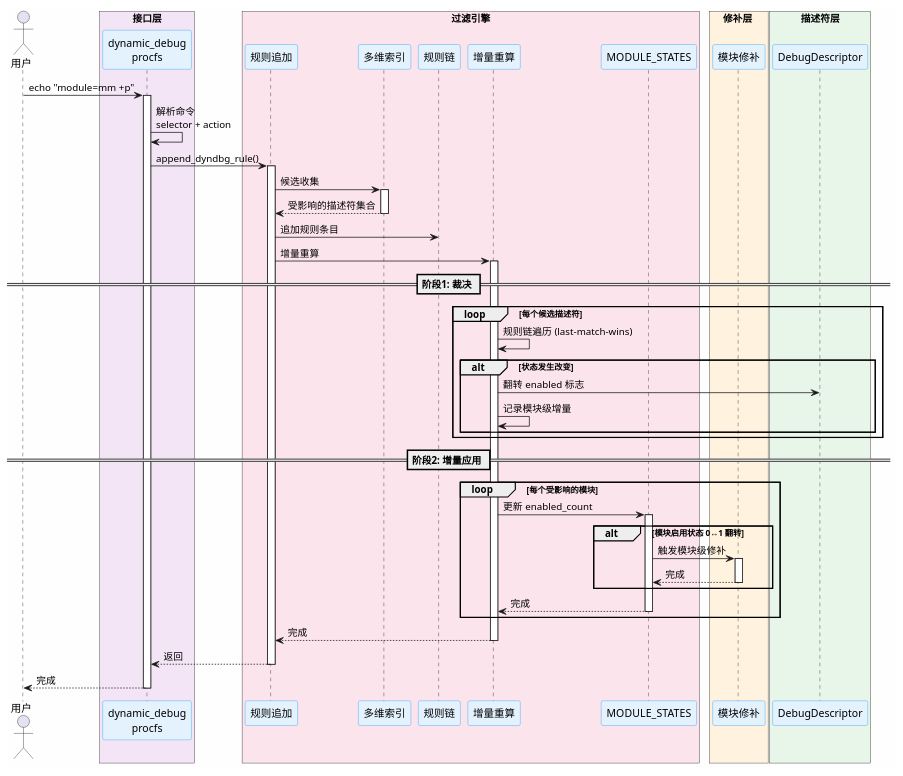
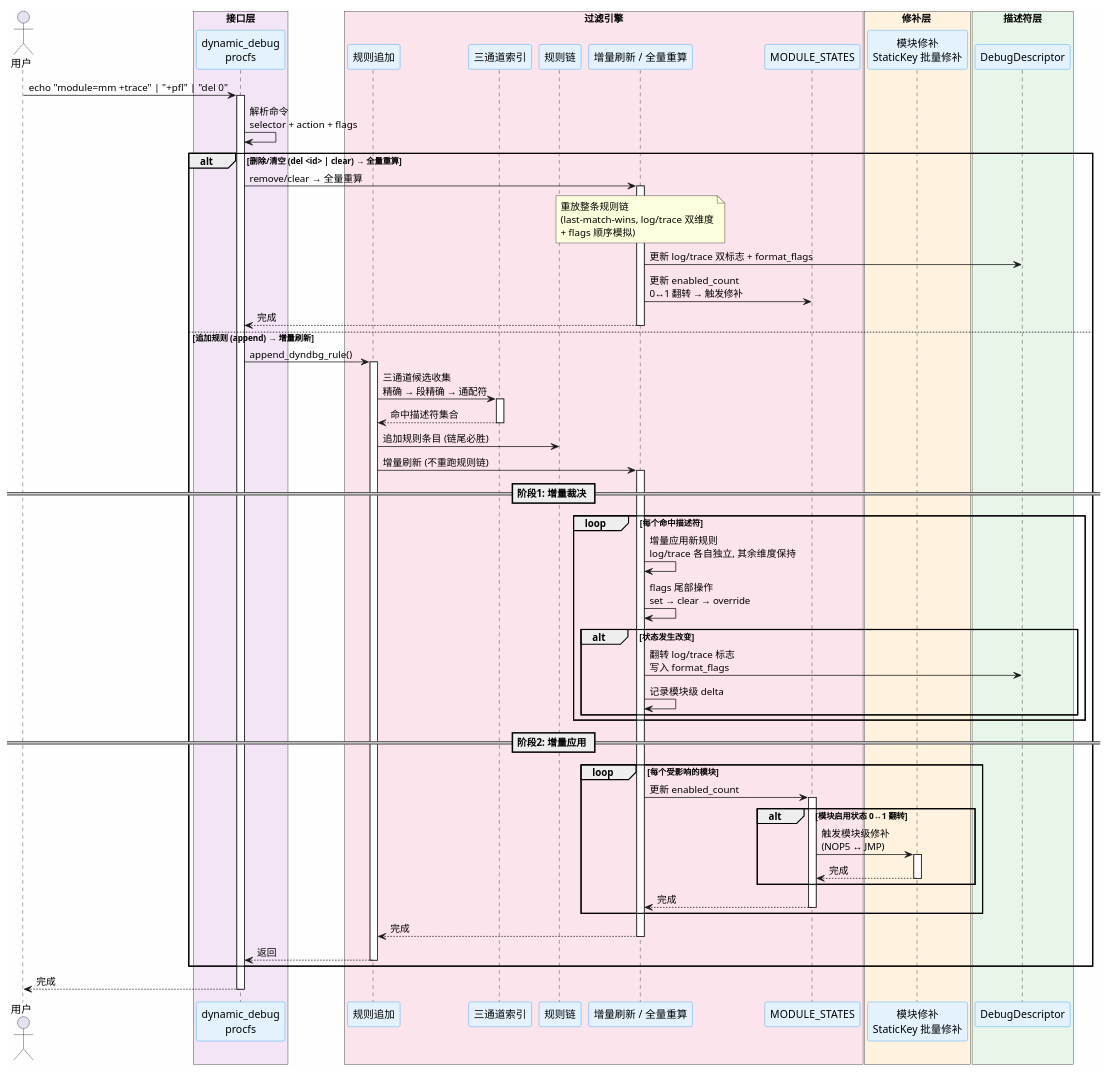
One commit to LHHL7/asterinas-dyn-debug changed the diagram in 一些开发资料/pic/3-节首/03b_规则更新与增量重算.puml. Above: the diagram before and after it, drawn with PlantUML. The commit also changed 42 other files, not shown here.

```diff
--- a/一些开发资料/pic/3-节首/03b_规则更新与增量重算.puml
+++ b/一些开发资料/pic/3-节首/03b_规则更新与增量重算.puml
@@ -1,91 +1,109 @@
 @startuml 规则更新与增量重算
 ' ============================================================
 ' 图3b: 规则更新与增量重算流程 (对应 X.3.2 + X.3.3)
 ' 从用户命令到触发修补的完整控制路径 (不展开SMP细节)
+'
+' 两条路径:
+'   - append 追加规则 → 三通道候选收集 → 增量刷新 (不重跑规则链)
+'   - del/clear 删除/清空 → 全量重算 (重放整条规则链)
+' 描述符状态: log / trace 两个独立维度 + format flags (+f/+l/+m/+t)
 ' ============================================================
 
 skinparam backgroundColor #FEFEFE
 skinparam participant {
   BackgroundColor #E3F2FD
   BorderColor #2196F3
 }
 skinparam sequenceParticipant {
   BackgroundColor #E3F2FD
   BorderColor #2196F3
 }
 
 
 actor "用户" as User
 
 box "接口层" #F3E5F5
   participant "dynamic_debug\nprocfs" as ProcFS
 end box
 
 box "过滤引擎" #FCE4EC
   participant "规则追加" as Append
-  participant "多维索引" as Index
+  participant "三通道索引" as Index
   participant "规则链" as RuleChain
-  participant "增量重算" as Refresh
+  participant "增量刷新 / 全量重算" as Refresh
   participant "MODULE_STATES" as ModState
 end box
 
 box "修补层 " #FFF3E0
-  participant "模块修补" as Patch
+  participant "模块修补\nStaticKey 批量修补" as Patch
 end box
 
 box "描述符层" #E8F5E9
   participant "DebugDescriptor" as Desc
 end box
 
-User -> ProcFS : echo "module=mm +p"
+User -> ProcFS : echo "module=mm +trace" | "+pfl" | "del 0"
 activate ProcFS
 
-ProcFS -> ProcFS : 解析命令\nselector + action
+ProcFS -> ProcFS : 解析命令\nselector + action + flags
 
-ProcFS -> Append : append_dyndbg_rule()
-activate Append
+alt 删除/清空 (del <id> | clear) → 全量重算
+  ProcFS -> Refresh : remove/clear → 全量重算
+  activate Refresh
+  note over Refresh : 重放整条规则链\n(last-match-wins, log/trace 双维度\n+ flags 顺序模拟)
+  Refresh -> Desc : 更新 log/trace 双标志 + format_flags
+  Refresh -> ModState : 更新 enabled_count\n0↔1 翻转 → 触发修补
+  Refresh --> ProcFS : 完成
+  deactivate Refresh
 
-Append -> Index : 候选收集
-activate Index
-Index --> Append : 受影响的描述符集合
-deactivate Index
+else 追加规则 (append) → 增量刷新
+  ProcFS -> Append : append_dyndbg_rule()
+  activate Append
 
-Append -> RuleChain : 追加规则条目
-Append -> Refresh : 增量重算
-activate Refresh
+  Append -> Index : 三通道候选收集\n精确 → 段精确 → 通配符
+  activate Index
+  Index --> Append : 命中描述符集合
+  deactivate Index
 
-== 阶段1: 裁决 ==
+  Append -> RuleChain : 追加规则条目 (链尾必胜)
+  Append -> Refresh : 增量刷新 (不重跑规则链)
+  activate Refresh
 
-loop 每个候选描述符
-  Refresh -> Refresh : 规则链遍历 (last-match-wins)
+  == 阶段1: 增量裁决 ==
 
-  alt 状态发生改变
-    Refresh -> Desc : 翻转 enabled 标志
-    Refresh -> Refresh : 记录模块级增量
+  loop 每个命中描述符
+    Refresh -> Refresh : 增量应用新规则\nlog/trace 各自独立, 其余维度保持
+    Refresh -> Refresh : flags 尾部操作\nset → clear → override
+
+    alt 状态发生改变
+      Refresh -> Desc : 翻转 log/trace 标志\n写入 format_flags
+      Refresh -> Refresh : 记录模块级 delta
+    end
   end
+
+  == 阶段2: 增量应用 ==
+
+  loop 每个受影响的模块
+    Refresh -> ModState : 更新 enabled_count
+    activate ModState
+
+    alt 模块启用状态 0↔1 翻转
+      ModState -> Patch : 触发模块级修补\n(NOP5 ↔ JMP)
+      activate Patch
+      Patch --> ModState : 完成
+      deactivate Patch
+    end
+    ModState --> Refresh : 完成
+    deactivate ModState
+  end
+
+  Refresh --> Append : 完成
+  deactivate Refresh
+  Append --> ProcFS : 返回
+  deactivate Append
 end
 
-== 阶段2: 增量应用 ==
-
-loop 每个受影响的模块
-  Refresh -> ModState : 更新 enabled_count
-  activate ModState
-
-  alt 模块启用状态 0↔1 翻转
-    ModState -> Patch : 触发模块级修补
-    activate Patch
-    Patch --> ModState : 完成
-    deactivate Patch
-  end
-  ModState --> Refresh : 完成
-  deactivate ModState
-end
-
-Refresh --> Append : 完成
-deactivate Refresh
-Append --> ProcFS : 返回
-deactivate Append
 ProcFS --> User : 完成
 deactivate ProcFS
 
 @enduml
```
